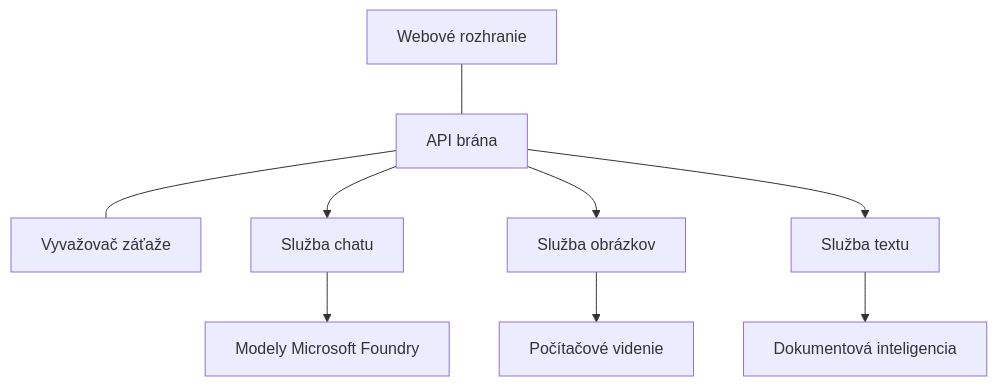
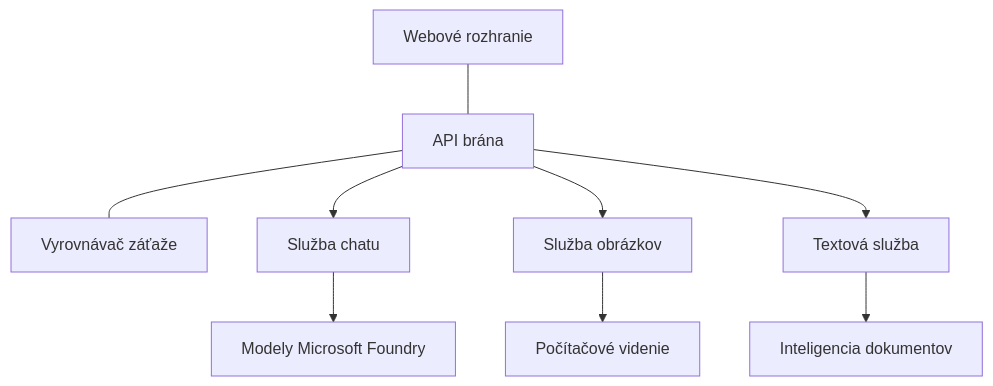
One commit to microsoft/AZD-for-beginners changed the diagram in translations/sk/docs/chapter-08-production/production-ai-practices.md. Above: the diagram before and after it, drawn with Mermaid. The commit also changed other lines of this file and 104 other files, not shown here.

````diff
--- a/translations/sk/docs/chapter-08-production/production-ai-practices.md
+++ b/translations/sk/docs/chapter-08-production/production-ai-practices.md
@@ -30,10 +30,10 @@
 ```mermaid
 graph TD
-    Frontend[Webové rozhranie] --- Gateway[API brána] --- LB[Vyvažovač záťaže]
+    Frontend[Webové rozhranie] --- Gateway[API brána] --- LB[Vyrovnávač záťaže]
     Gateway --> Chat[Služba chatu]
     Gateway --> Image[Služba obrázkov]
-    Gateway --> Text[Služba textu]
+    Gateway --> Text[Textová služba]
     Chat --> OpenAI[Modely Microsoft Foundry]
     Image --> Vision[Počítačové videnie]
-    Text --> DocIntel[Dokumentová inteligencia]
+    Text --> DocIntel[Inteligencia dokumentov]
 ```
````
